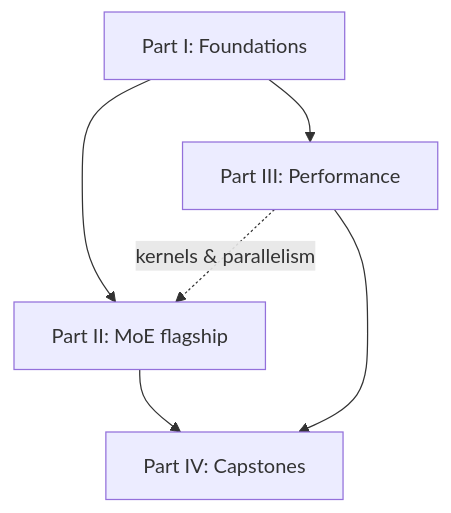
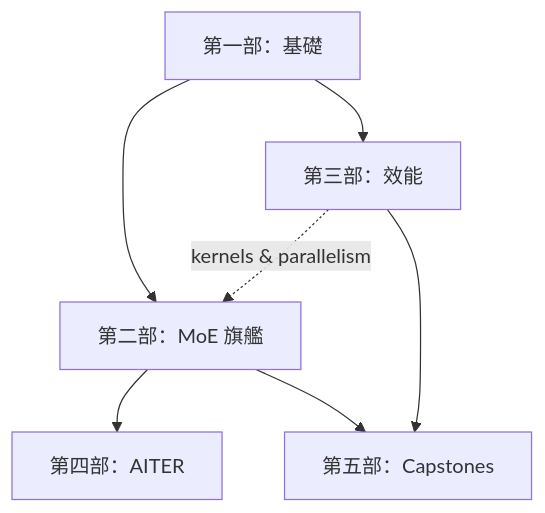
Before and after one commit to youyun8/deep-kernel-handbook: the diagram in docs/reading-path.md, drawn with Mermaid. The commit also changed other lines of this file and 31 other files, not shown here.

````diff
--- a/docs/reading-path.md
+++ b/docs/reading-path.md
@@ -8,9 +6,10 @@
 ```mermaid
 flowchart TD
-    A[Part I: Foundations] --> B[Part II: MoE flagship]
-    A --> C[Part III: Performance]
+    A[第一部：基礎] --> B[第二部：MoE 旗艦]
+    A --> C[第三部：效能]
     C -.kernels & parallelism.-> B
-    B --> D[Part IV: Capstones]
+    B --> E[第四部：AITER]
+    B --> D[第五部：Capstones]
     C --> D
     class B flagship;
 ```
````
